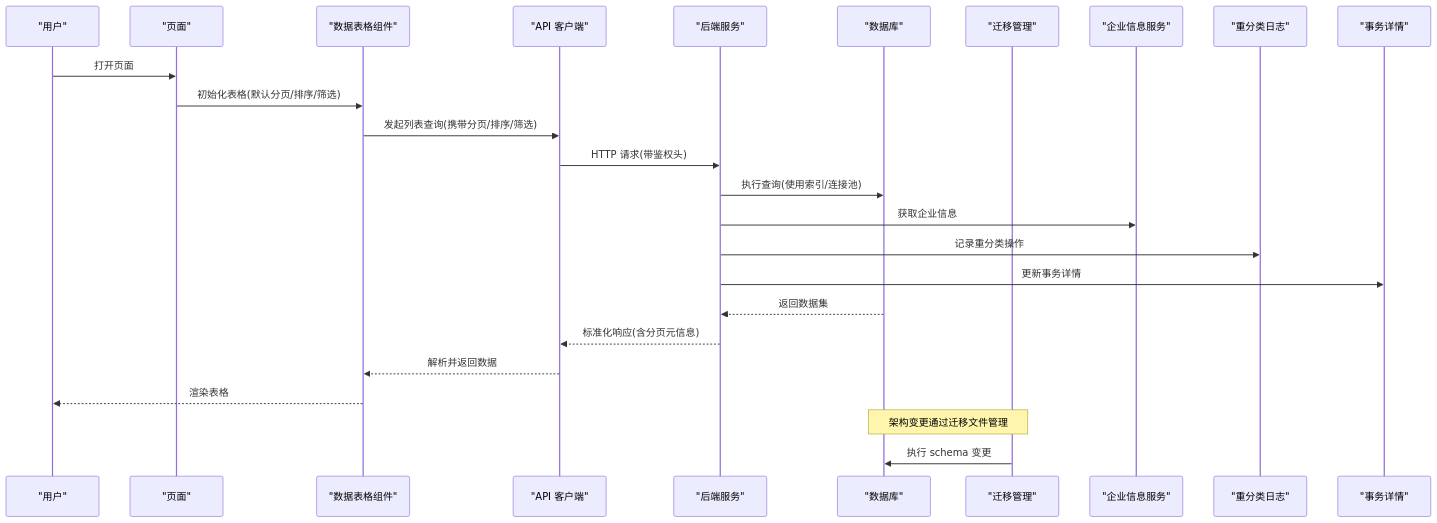
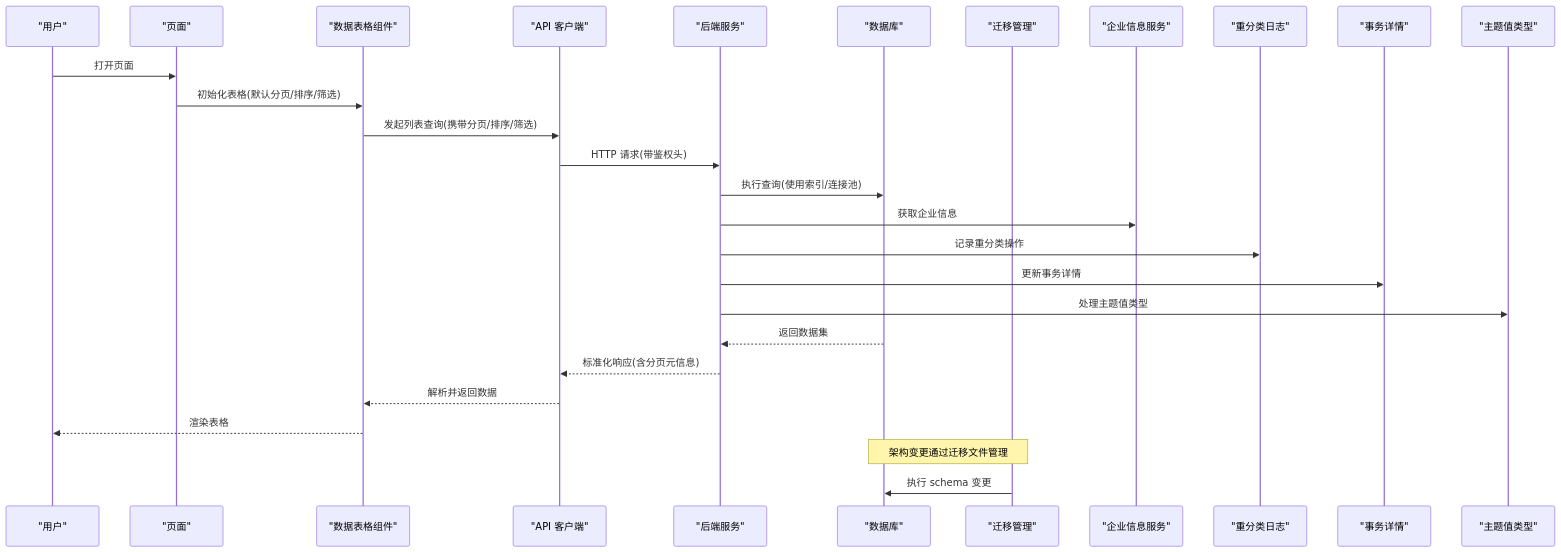
Before and after one commit to Damao997/newproject: the second of 6 diagrams in .qoder/repowiki/zh/content/架构设计/数据库架构设计.md, drawn with Mermaid. The commit also changed other lines of this file and 118 other files, not shown here.

````diff
--- a/.qoder/repowiki/zh/content/架构设计/数据库架构设计.md
+++ b/.qoder/repowiki/zh/content/架构设计/数据库架构设计.md
@@ -160,27 +163,29 @@
 ```mermaid
 sequenceDiagram
 participant U as "用户"
 participant P as "页面"
 participant T as "数据表格组件"
 participant A as "API 客户端"
 participant S as "后端服务"
 participant DB as "数据库"
 participant M as "迁移管理"
 participant E as "企业信息服务"
 participant R as "重分类日志"
 participant TD as "事务详情"
+participant SVT as "主题值类型"
 U->>P : 打开页面
 P->>T : 初始化表格(默认分页/排序/筛选)
 T->>A : 发起列表查询(携带分页/排序/筛选)
 A->>S : HTTP 请求(带鉴权头)
 S->>DB : 执行查询(使用索引/连接池)
 S->>E : 获取企业信息
 S->>R : 记录重分类操作
 S->>TD : 更新事务详情
+S->>SVT : 处理主题值类型
 DB-->>S : 返回数据集
 S-->>A : 标准化响应(含分页元信息)
 A-->>T : 解析并返回数据
 T-->>U : 渲染表格
 Note over M,DB : 架构变更通过迁移文件管理
 M->>DB : 执行 schema 变更
 ```
````
